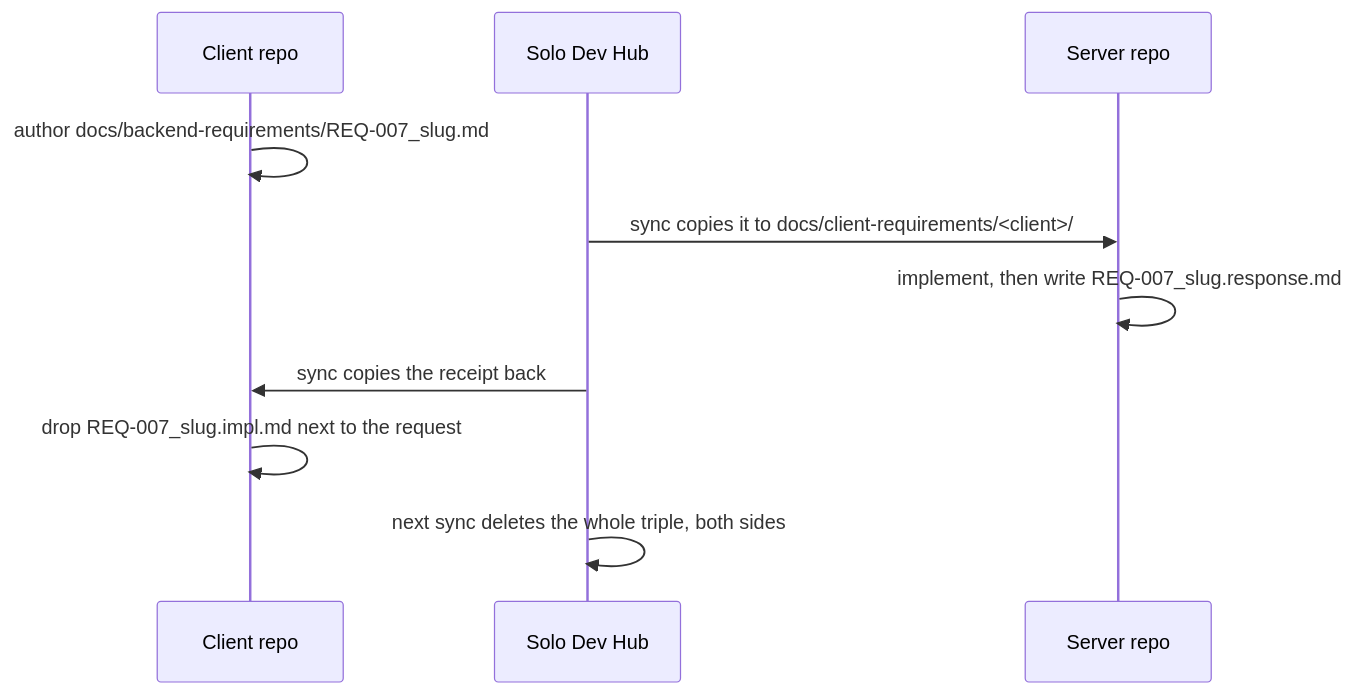
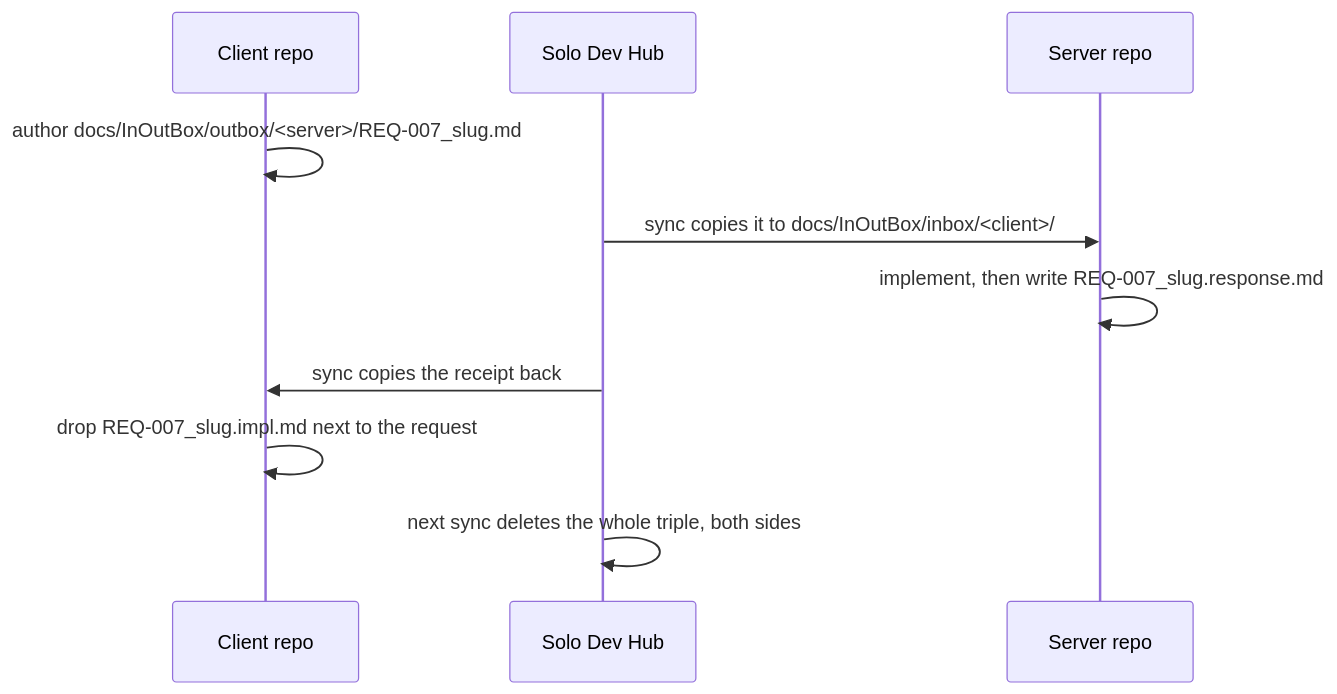
Before and after one commit to SgonnovDmGit/solo-dev-hub: the diagram in docs/ARCHITECTURE.md, drawn with Mermaid. The commit also changed 4 other files, not shown here.

````diff
--- a/docs/ARCHITECTURE.md
+++ b/docs/ARCHITECTURE.md
@@ -138,13 +138,13 @@
 ```mermaid
 sequenceDiagram
     participant C as Client repo
     participant App as Solo Dev Hub
     participant S as Server repo
 
-    C->>C: author docs/backend-requirements/REQ-007_slug.md
-    App->>S: sync copies it to docs/client-requirements/<client>/
+    C->>C: author docs/InOutBox/outbox/<server>/REQ-007_slug.md
+    App->>S: sync copies it to docs/InOutBox/inbox/<client>/
     S->>S: implement, then write REQ-007_slug.response.md
     App->>C: sync copies the receipt back
     C->>C: drop REQ-007_slug.impl.md next to the request
     App->>App: next sync deletes the whole triple, both sides
 ```
````
